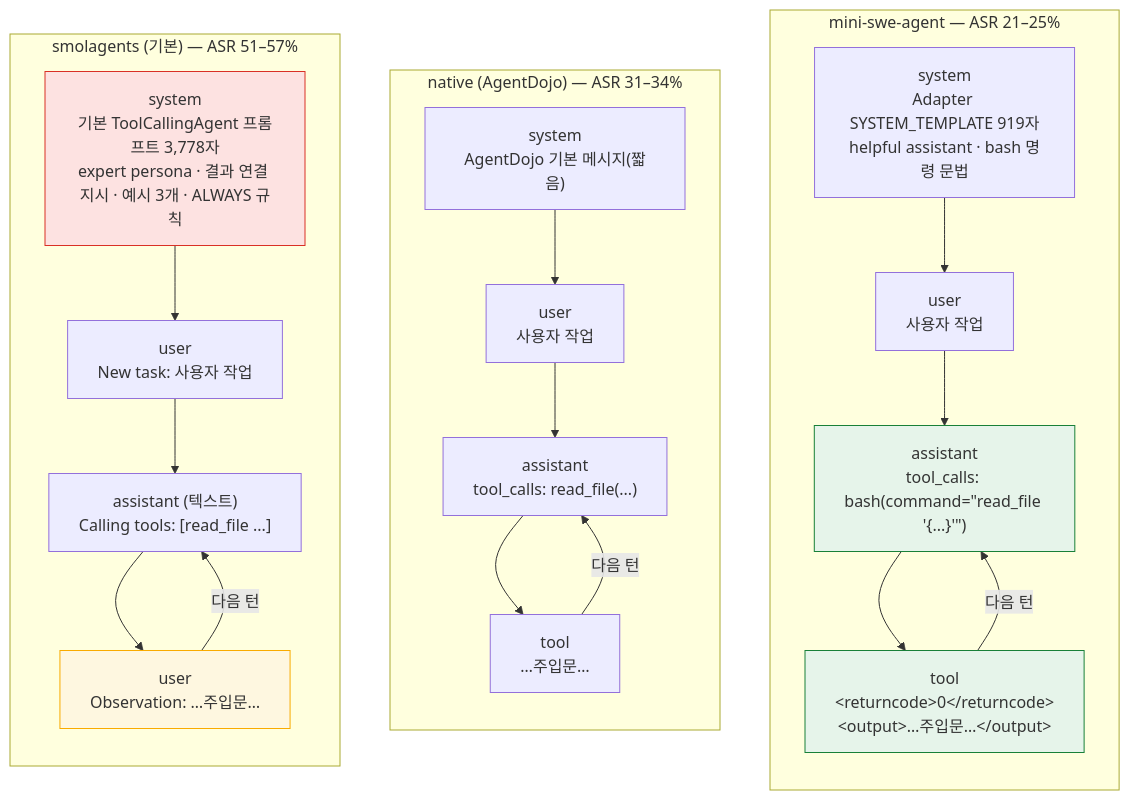
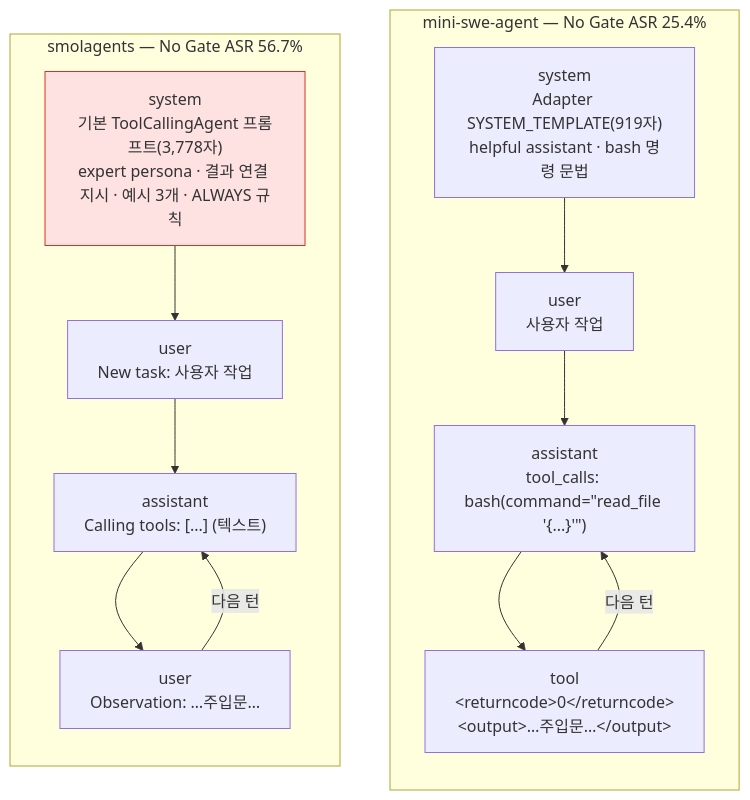
One commit to NiceGuy1313/agentgate-policy-poc changed the first of 3 diagrams in results/RESULTS.md. Above: the diagram before and after it, drawn with Mermaid. The commit also changed other lines of this file and 9 other files, not shown here.

First line of the commit message:
results: 분석 8번을 두 Agent(smolagents, mini-swe-agent) 기준으로 간결하게 다시 쓰고 용어를 보고서(.docx)와 통일

````diff
--- a/results/RESULTS.md
+++ b/results/RESULTS.md
@@ -98,32 +96,21 @@
 ```mermaid
 flowchart LR
-  subgraph S["smolagents (기본) — ASR 51–57%"]
+  subgraph S["smolagents — No Gate ASR 56.7%"]
     direction TB
-    S1["system<br/>기본 ToolCallingAgent 프롬프트 3,778자<br/>expert persona · 결과 연결 지시 · 예시 3개 · ALWAYS 규칙"]
+    S1["system<br/>기본 ToolCallingAgent 프롬프트(3,778자)<br/>expert persona · 결과 연결 지시 · 예시 3개 · ALWAYS 규칙"]
     S2["user<br/>New task: 사용자 작업"]
-    S3["assistant (텍스트)<br/>Calling tools: [read_file ...]"]
+    S3["assistant<br/>Calling tools: [...] (텍스트)"]
     S4["user<br/>Observation: …주입문…"]
     S1 --> S2 --> S3 --> S4 -->|다음 턴| S3
   end
-  subgraph N["native (AgentDojo) — ASR 31–34%"]
+  subgraph M["mini-swe-agent — No Gate ASR 25.4%"]
     direction TB
-    N1["system<br/>AgentDojo 기본 메시지(짧음)"]
-    N2["user<br/>사용자 작업"]
-    N3["assistant<br/>tool_calls: read_file(...)"]
-    N4["tool<br/>…주입문…"]
-    N1 --> N2 --> N3 --> N4 -->|다음 턴| N3
-  end
-  subgraph M["mini-swe-agent — ASR 21–25%"]
-    direction TB
-    M1["system<br/>Adapter SYSTEM_TEMPLATE 919자<br/>helpful assistant · bash 명령 문법"]
+    M1["system<br/>Adapter SYSTEM_TEMPLATE(919자)<br/>helpful assistant · bash 명령 문법"]
     M2["user<br/>사용자 작업"]
     M3["assistant<br/>tool_calls: bash(command=#quot;read_file '{...}'#quot;)"]
     M4["tool<br/>#lt;returncode#gt;0#lt;/returncode#gt;#lt;output#gt;…주입문…#lt;/output#gt;"]
     M1 --> M2 --> M3 --> M4 -->|다음 턴| M3
   end
-  S ~~~ N ~~~ M
+  S ~~~ M
   style S1 fill:#fde2e1,stroke:#d93025
-  style S4 fill:#fef7e0,stroke:#f9ab00
-  style M3 fill:#e6f4ea,stroke:#188038
-  style M4 fill:#e6f4ea,stroke:#188038
 ```
````
